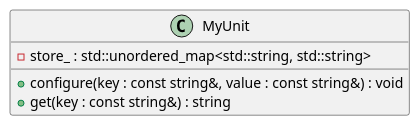
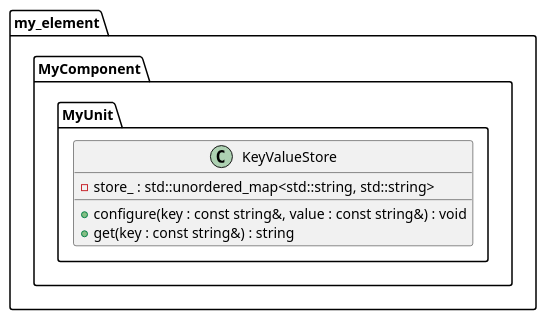
One commit to eclipse-score/tooling changed the diagram in bazel/rules/rules_score/examples/minimal/docs/class_design.puml. Above: the diagram before and after it, drawn with PlantUML. The commit also changed 55 other files, not shown here.

Commit message:
add architectural unit

```diff
--- a/bazel/rules/rules_score/examples/minimal/docs/class_design.puml
+++ b/bazel/rules/rules_score/examples/minimal/docs/class_design.puml
@@ -14,11 +14,17 @@
 @startuml
 
 ' Class diagram for MyUnit — internal design of the key-value store unit.
 
-class MyUnit {
-    - store_ : std::unordered_map<std::string, std::string>
-    + configure(key : const string&, value : const string&) : void
-    + get(key : const string&) : string
+namespace my_element {
+    namespace MyComponent {
+        namespace MyUnit {
+            class KeyValueStore {
+                - store_ : std::unordered_map<std::string, std::string>
+                + configure(key : const string&, value : const string&) : void
+                + get(key : const string&) : string
+            }
+        }
+    }
 }
 
 @enduml
```
